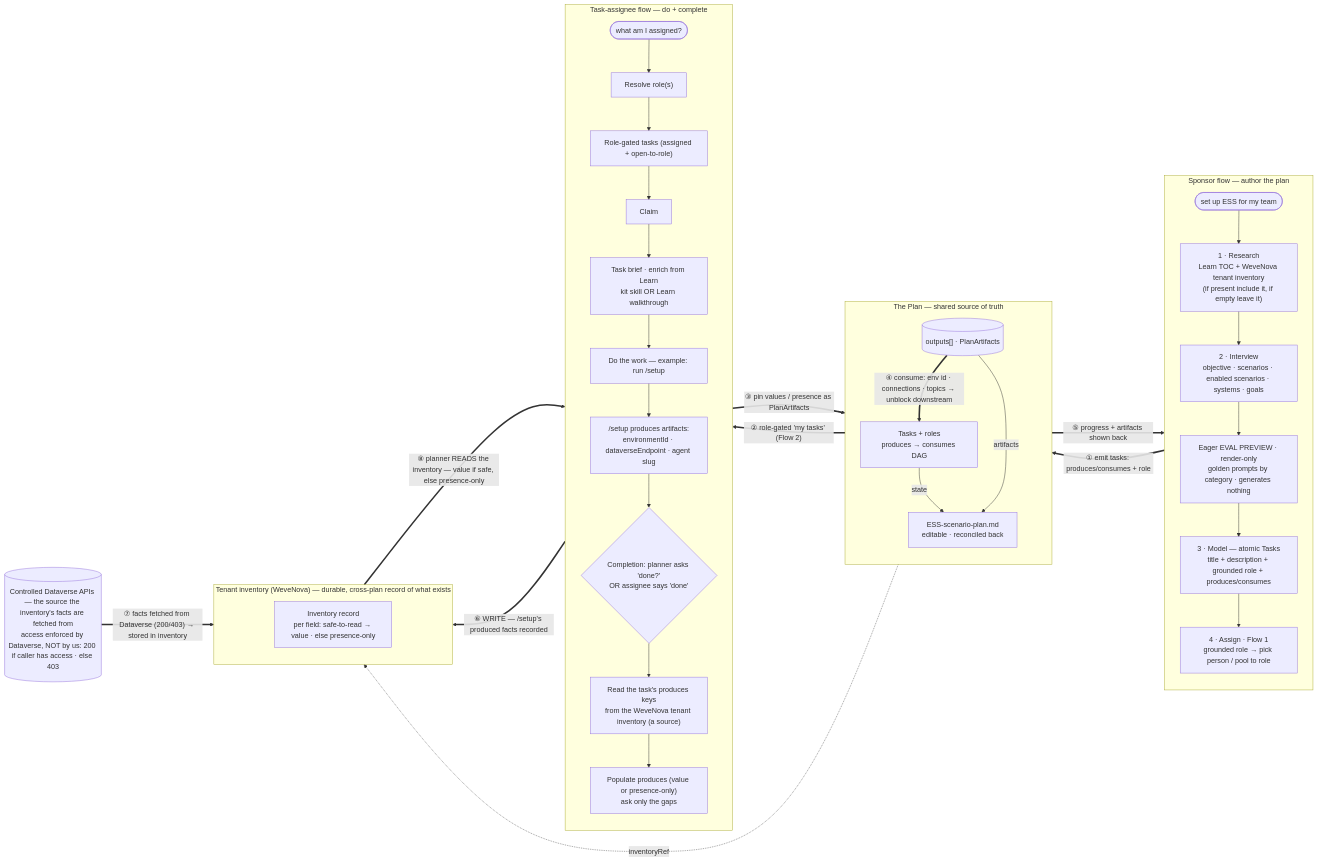
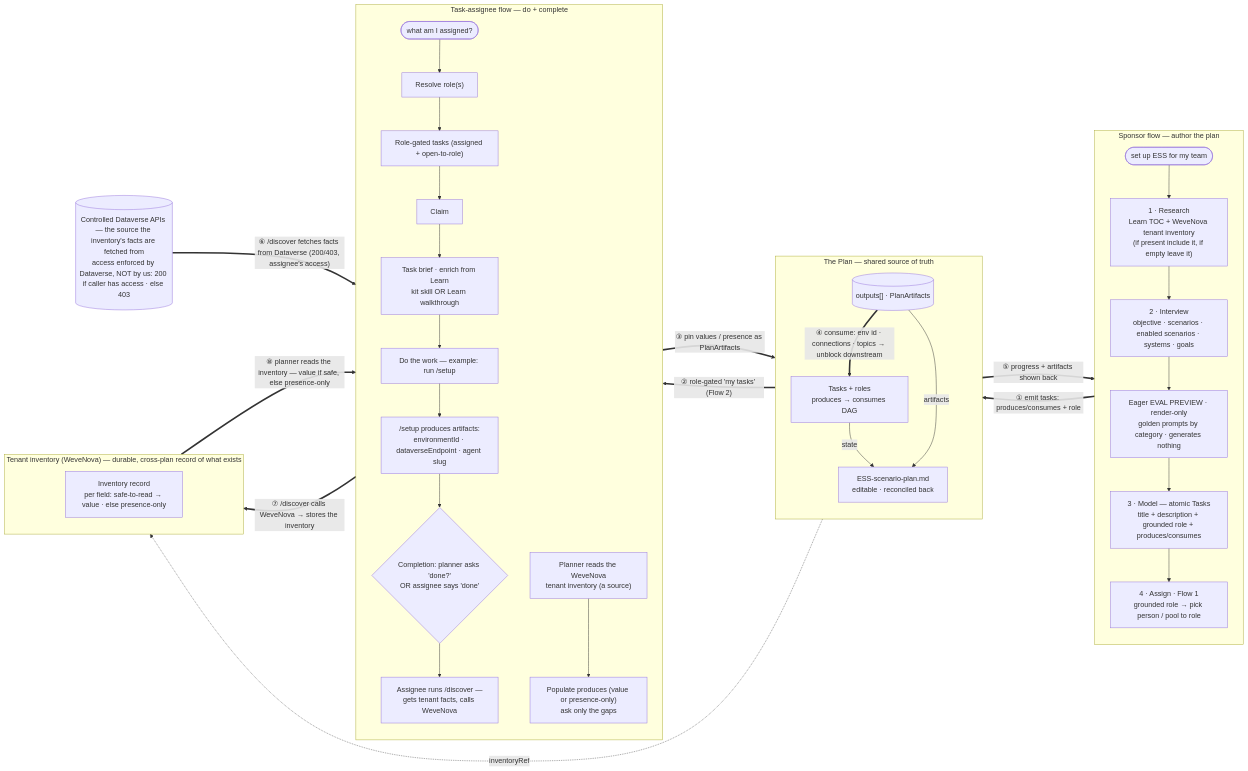
The diagram in dev-specs/adk-plan-generation/ADK-Plan-Generation-and-Task-Capture-DevDesign.md (deepaksharmacse12/Employee-Self-Service-Agent-Developer-Kit), drawn with Mermaid before and after one commit. The commit also changed other lines of this file, not shown here.

First line of the commit message:
docs(planner): the assignee's /discover populates the inventory (WeveNova does not fetch from Dataverse)

````diff
--- a/dev-specs/adk-plan-generation/ADK-Plan-Generation-and-Task-Capture-DevDesign.md
+++ b/dev-specs/adk-plan-generation/ADK-Plan-Generation-and-Task-Capture-DevDesign.md
@@ -80,49 +80,49 @@
 ```mermaid
 flowchart LR
   subgraph SPONSOR["Sponsor flow — author the plan"]
     direction TB
     A(["set up ESS for my team"]) --> R["1 · Research<br/>Learn TOC + WeveNova tenant inventory<br/>(if present include it, if empty leave it)"]
     R --> I["2 · Interview<br/>objective · scenarios · enabled scenarios · systems · goals"]
     I --> PV["Eager EVAL PREVIEW · render-only<br/>golden prompts by category · generates nothing"]
     PV --> M["3 · Model — atomic Tasks<br/>title + description + grounded role + produces/consumes"]
     M --> ASG["4 · Assign · Flow 1<br/>grounded role → pick person / pool to role"]
   end
 
   subgraph PLAN["The Plan — shared source of truth"]
     direction TB
     TASKS["Tasks + roles<br/>produces → consumes DAG"]
     OUT[("outputs[] · PlanArtifacts")]
     MD["ESS-scenario-plan.md<br/>editable · reconciled back"]
     TASKS -->|state| MD
     OUT -->|artifacts| MD
   end
 
   subgraph ASSIGNEE["Task-assignee flow — do + complete"]
     direction TB
     Q(["what am I assigned?"]) --> RO["Resolve role(s)"]
     RO --> LS["Role-gated tasks (assigned + open-to-role)"]
     LS --> CL["Claim"] --> BR["Task brief · enrich from Learn<br/>kit skill OR Learn walkthrough"]
     BR --> DO["Do the work — example: run /setup"]
     DO --> SU["/setup produces artifacts:<br/>environmentId · dataverseEndpoint · agent slug"]
     SU --> TG{"Completion: planner asks 'done?'<br/>OR assignee says 'done'"}
-    TG --> SC["Read the task's produces keys<br/>from the WeveNova tenant inventory (a source)"]
-    SC --> POP["Populate produces (value or presence-only)<br/>ask only the gaps"]
+    TG --> DISC["Assignee runs /discover —<br/>gets tenant facts, calls WeveNova"]
+    SC["Planner reads the WeveNova<br/>tenant inventory (a source)"] --> POP["Populate produces (value or presence-only)<br/>ask only the gaps"]
   end
 
   subgraph TENINV["Tenant inventory (WeveNova) — durable, cross-plan record of what exists"]
     direction TB
     WN["Inventory record<br/>per field: safe-to-read → value · else presence-only"]
   end
 
   DV[("Controlled Dataverse APIs — the source the inventory's facts are fetched from<br/>access enforced by Dataverse, NOT by us: 200 if caller has access · else 403")]
 
   ASG ==>|"① emit tasks: produces/consumes + role"| TASKS
   TASKS ==>|"② role-gated 'my tasks' (Flow 2)"| Q
-  SU ==>|"⑥ WRITE — /setup's produced facts recorded"| WN
-  DV ==>|"⑦ facts fetched from Dataverse (200/403) → stored in inventory"| WN
-  WN ==>|"⑧ planner READS the inventory — value if safe, else presence-only"| SC
+  DV ==>|"⑥ /discover fetches facts from Dataverse (200/403, assignee's access)"| DISC
+  DISC ==>|"⑦ /discover calls WeveNova → stores the inventory"| WN
+  WN ==>|"⑧ planner reads the inventory — value if safe, else presence-only"| SC
   POP ==>|"③ pin values / presence as PlanArtifacts"| OUT
   OUT -.->|"inventoryRef"| WN
   OUT ==>|"④ consume: env id · connections · topics → unblock downstream"| TASKS
   MD ==>|"⑤ progress + artifacts shown back"| A
 ```
````
